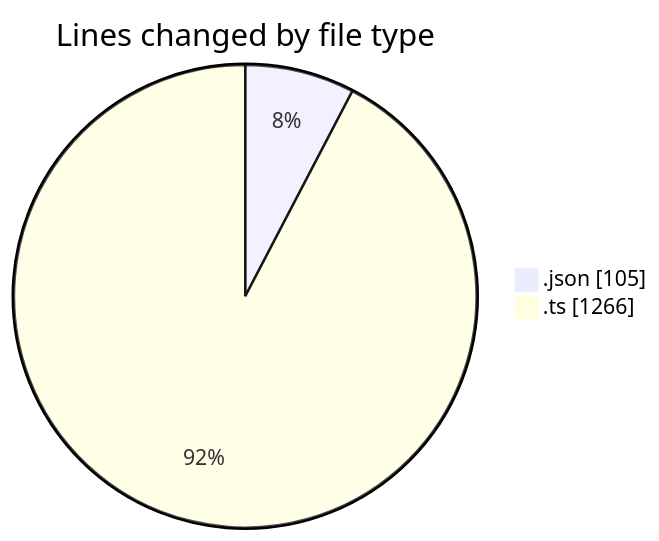
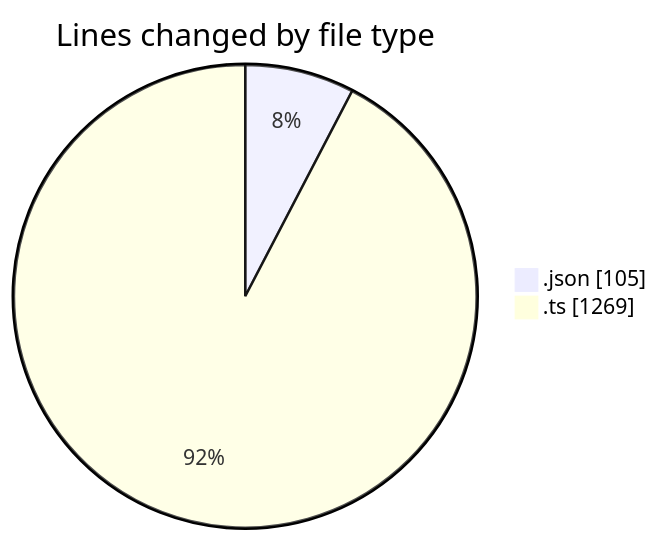
The first of 2 diagrams in 2025-06-25/cda/README.md (momahboobian/code-tracking), drawn with Mermaid before and after one commit. The commit also changed other lines of this file and 1 other file, not shown here.

````diff
--- a/2025-06-25/cda/README.md
+++ b/2025-06-25/cda/README.md
@@ -25,6 +25,6 @@
 ```mermaid
 pie showData
 title Lines changed by file type
 ".json" : 105
-".ts" : 1266
+".ts" : 1269
 ```
````
